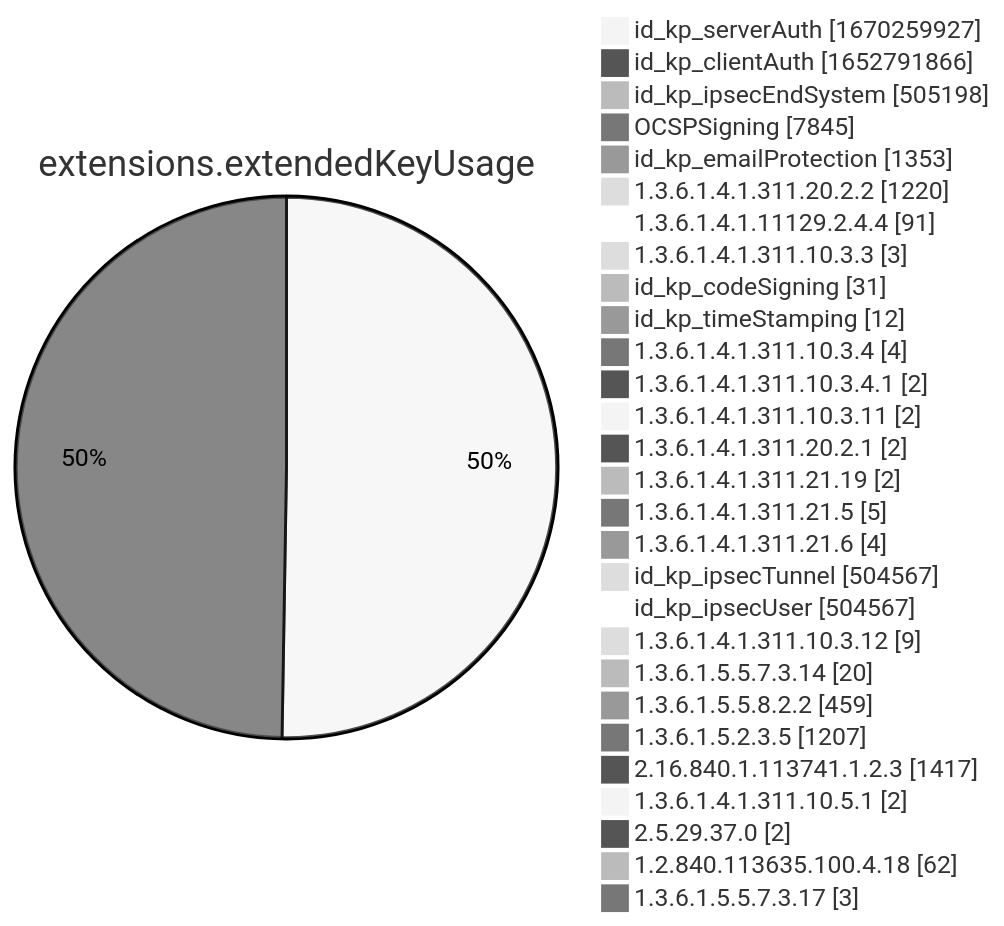
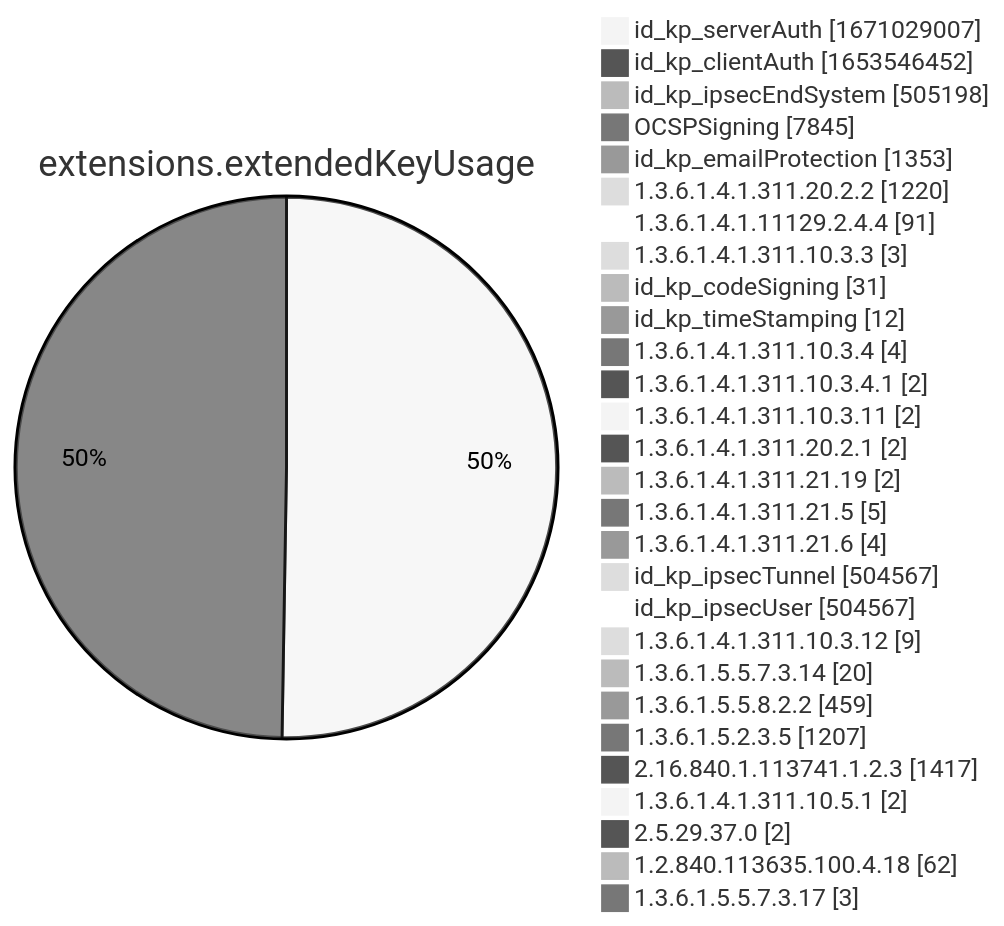
One commit to christiankrug/ctmonitor_visualization changed diagram 12 of 15 in xenon2022/README.md. Above: the diagram before and after it, drawn with Mermaid (neutral theme). The commit also changed other lines of this file, not shown here.

````diff
--- a/xenon2022/README.md
+++ b/xenon2022/README.md
@@ -3887,32 +3888,32 @@
 ```mermaid
 pie showData
 title extensions.extendedKeyUsage
-"id_kp_serverAuth" :1670259927
-"id_kp_clientAuth" :1652791866
+"id_kp_serverAuth" :1671029007
+"id_kp_clientAuth" :1653546452
 "id_kp_ipsecEndSystem" :505198
 "OCSPSigning" :7845
 "id_kp_emailProtection" :1353
 "1.3.6.1.4.1.311.20.2.2" :1220
 "1.3.6.1.4.1.11129.2.4.4" :91
 "1.3.6.1.4.1.311.10.3.3" :3
 "id_kp_codeSigning" :31
 "id_kp_timeStamping" :12
 "1.3.6.1.4.1.311.10.3.4" :4
 "1.3.6.1.4.1.311.10.3.4.1" :2
 "1.3.6.1.4.1.311.10.3.11" :2
 "1.3.6.1.4.1.311.20.2.1" :2
 "1.3.6.1.4.1.311.21.19" :2
 "1.3.6.1.4.1.311.21.5" :5
 "1.3.6.1.4.1.311.21.6" :4
 "id_kp_ipsecTunnel" :504567
 "id_kp_ipsecUser" :504567
 "1.3.6.1.4.1.311.10.3.12" :9
 "1.3.6.1.5.5.7.3.14" :20
 "1.3.6.1.5.5.8.2.2" :459
 "1.3.6.1.5.2.3.5" :1207
 "2.16.840.1.113741.1.2.3" :1417
 "1.3.6.1.4.1.311.10.5.1" :2
 "2.5.29.37.0" :2
 "1.2.840.113635.100.4.18" :62
 "1.3.6.1.5.5.7.3.17" :3
 ```
````
